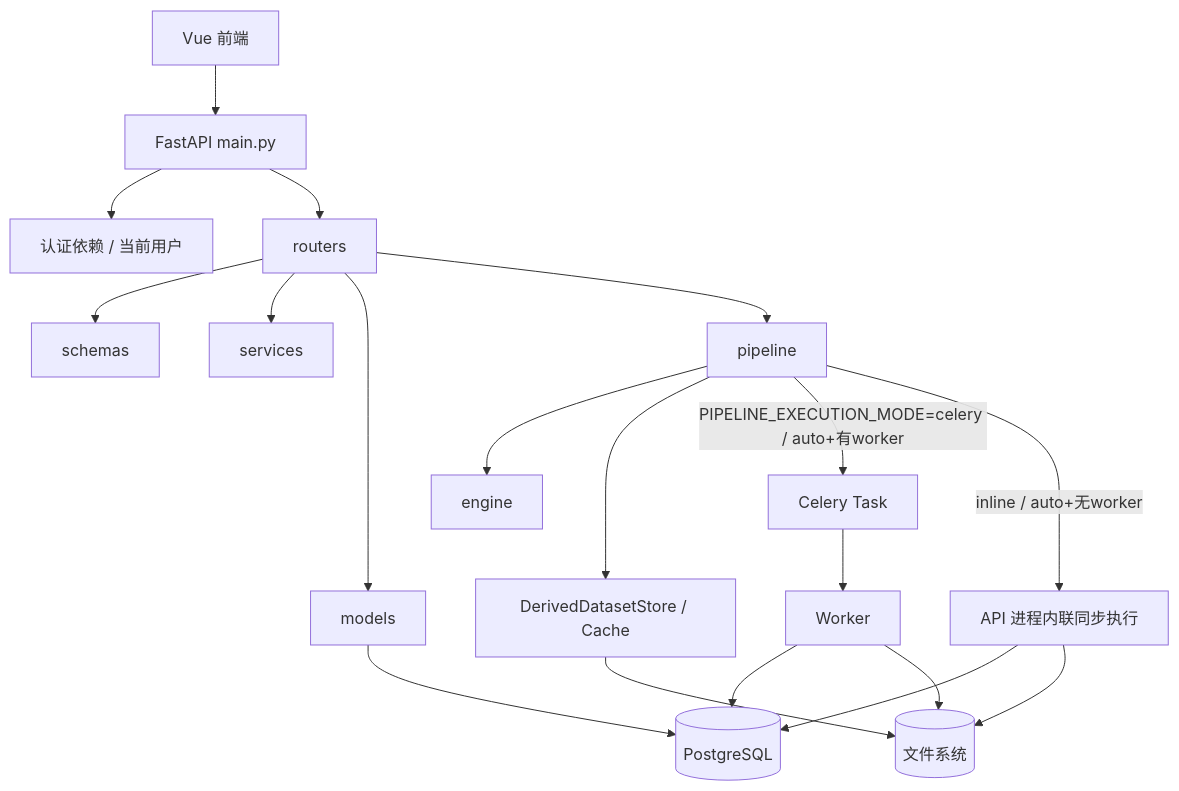
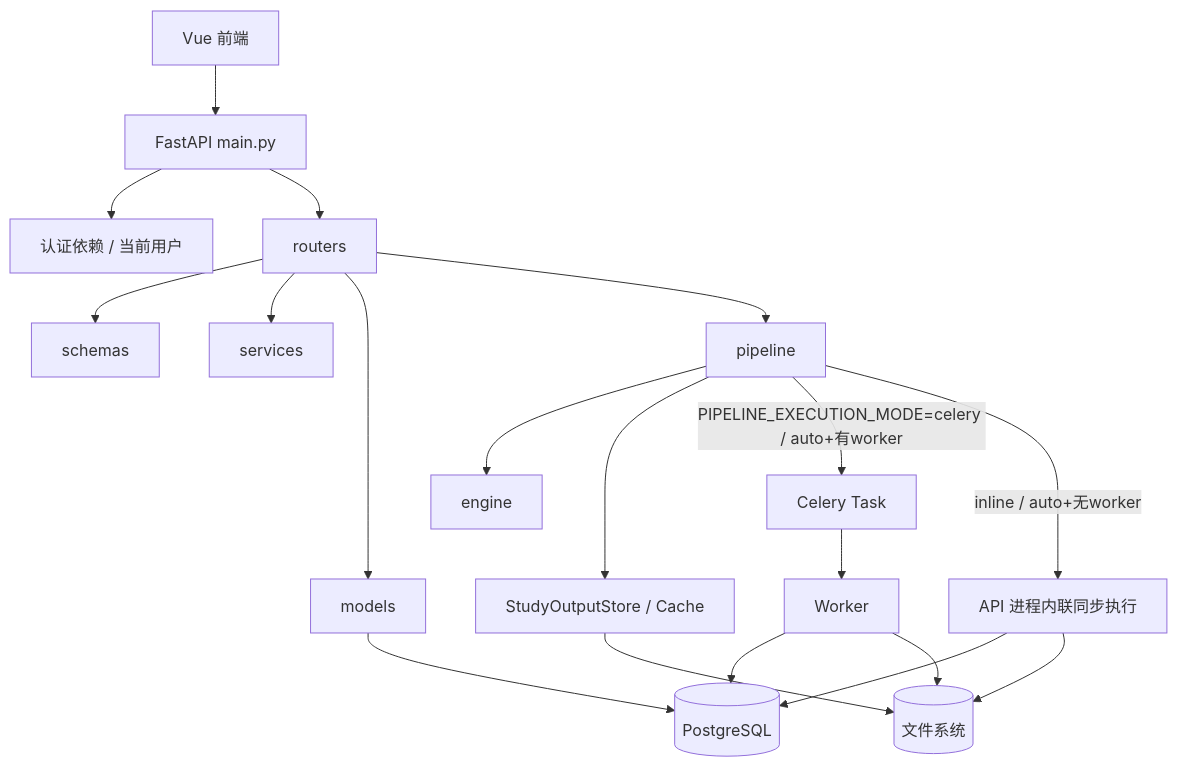
The diagram in wiki/docs/7-00-后端架构总览.md (NoraJinxy/Niantong_GH_version), drawn with Mermaid before and after one commit. The commit also changed other lines of this file and 39 other files, not shown here.

First line of the commit message:
docs(retention): wiki 收尾 — 批量改名 derived_dataset→输出/StudyOutput + 3-45 概念页重写

````diff
--- a/wiki/docs/7-00-后端架构总览.md
+++ b/wiki/docs/7-00-后端架构总览.md
@@ -45,21 +45,21 @@
 ```mermaid
 flowchart TB
   FE[Vue 前端] --> API[FastAPI main.py]
   API --> Auth[认证依赖 / 当前用户]
   API --> Router[routers]
   Router --> Schema[schemas]
   Router --> Service[services]
   Router --> Model[models]
   Model --> DB[(PostgreSQL)]
   Router --> Pipeline[pipeline]
   Pipeline --> Engine[engine]
-  Pipeline --> Artifact[DerivedDatasetStore / Cache]
+  Pipeline --> Artifact[StudyOutputStore / Cache]
   Artifact --> FS[(文件系统)]
   Pipeline -->|PIPELINE_EXECUTION_MODE=celery / auto+有worker| Task[Celery Task]
   Pipeline -->|inline / auto+无worker| Inline[API 进程内联同步执行]
   Task --> Worker[Worker]
   Worker --> DB
   Worker --> FS
   Inline --> DB
   Inline --> FS
 ```
````
